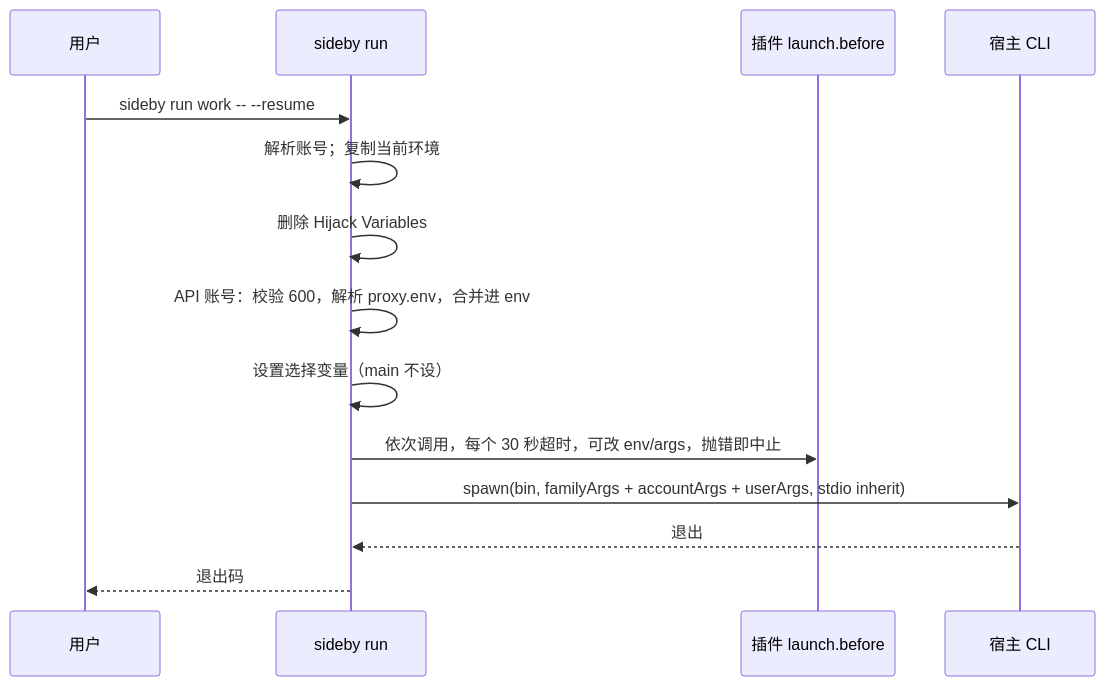
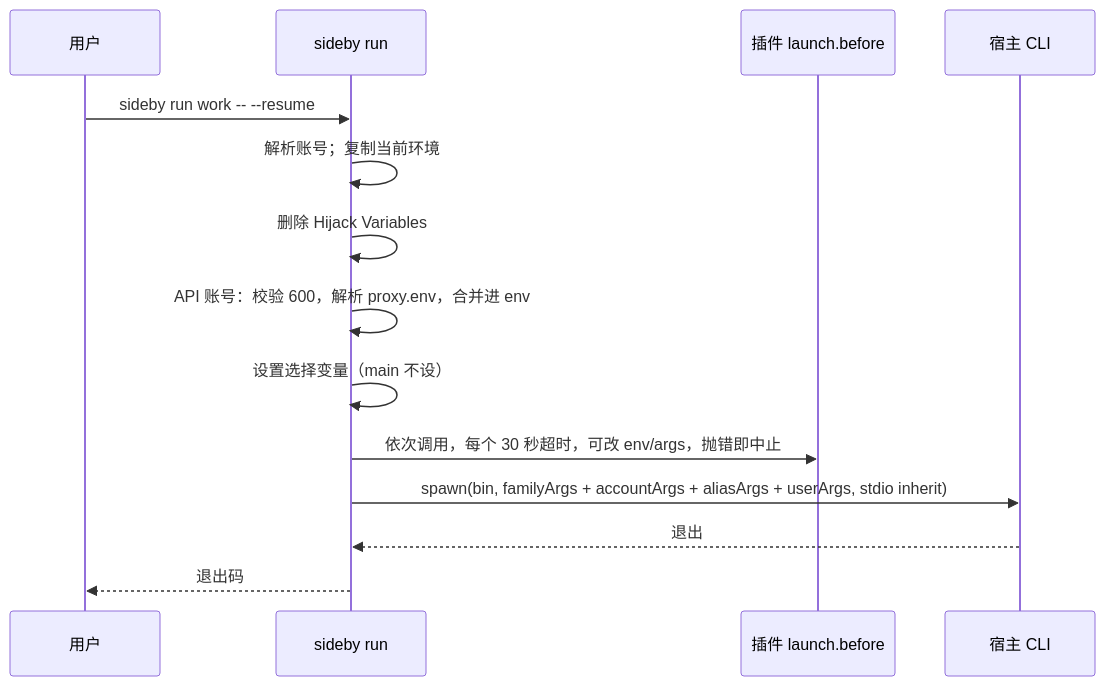
The diagram in docs/specs/2026-10-05-sideby-v0.1-design.md (Adonis0123/sideby), drawn with Mermaid before and after one commit. The commit also changed other lines of this file and 23 other files, not shown here.

````diff
--- a/docs/specs/2026-10-05-sideby-v0.1-design.md
+++ b/docs/specs/2026-10-05-sideby-v0.1-design.md
@@ -158,16 +158,16 @@
 ```mermaid
 sequenceDiagram
   participant U as 用户
   participant S as sideby run
   participant P as 插件 launch.before
   participant H as 宿主 CLI
   U->>S: sideby run work -- --resume
   S->>S: 解析账号；复制当前环境
   S->>S: 删除 Hijack Variables
   S->>S: API 账号：校验 600，解析 proxy.env，合并进 env
   S->>S: 设置选择变量（main 不设）
   S->>P: 依次调用，每个 30 秒超时，可改 env/args，抛错即中止
-  S->>H: spawn(bin, familyArgs + accountArgs + userArgs, stdio inherit)
+  S->>H: spawn(bin, familyArgs + accountArgs + aliasArgs + userArgs, stdio inherit)
   H-->>S: 退出
   S-->>U: 退出码
 ```
````
